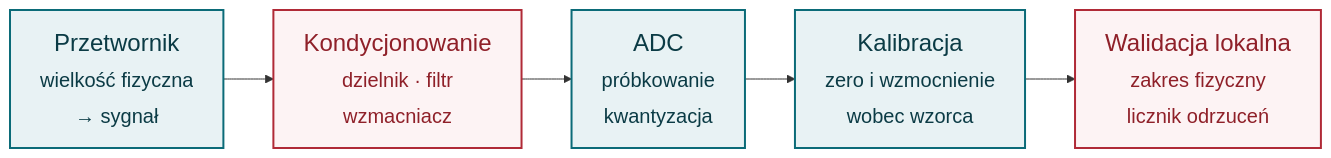
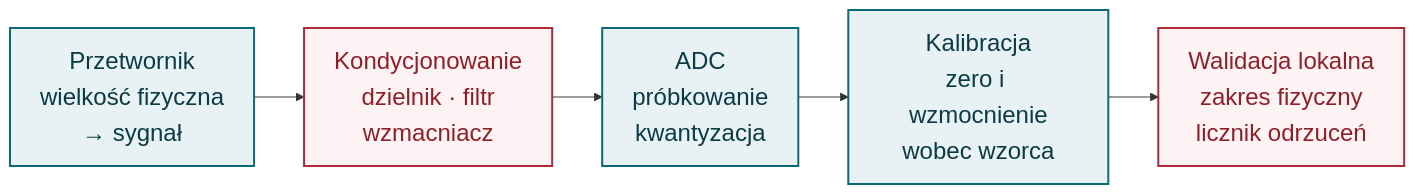
One commit to moondec/iot_lectures changed the diagram in slides/02-urzadzenie-sensory-energia.qmd. Above: the diagram before and after it, drawn with Mermaid. The commit also changed other lines of this file and 20 other files, not shown here.

````diff
--- a/slides/02-urzadzenie-sensory-energia.qmd
+++ b/slides/02-urzadzenie-sensory-energia.qmd
@@ -79,16 +79,16 @@
 ```{mermaid}
 %%| fig-width: 12
-%%| fig-height: 1.5
+%%| fig-height: 1.6
 %%{init: {"themeVariables": {"fontSize": "24px"}}}%%
 flowchart LR
-    P["Przetwornik<br><small>wielkość fizyczna<br>→ sygnał</small>"]
-    K["Kondycjonowanie<br><small>dzielnik · filtr<br>wzmacniacz</small>"]
-    A["ADC<br><small>próbkowanie<br>kwantyzacja</small>"]
-    C["Kalibracja<br><small>zero i wzmocnienie<br>wobec wzorca</small>"]
-    W["Walidacja lokalna<br><small>zakres fizyczny<br>licznik odrzuceń</small>"]
+    P["Przetwornik<br>wielkość fizyczna<br>→ sygnał"]
+    K["Kondycjonowanie<br>dzielnik · filtr<br>wzmacniacz"]
+    A["ADC<br>próbkowanie<br>kwantyzacja"]
+    C["Kalibracja<br>zero i wzmocnienie<br>wobec wzorca"]
+    W["Walidacja lokalna<br>zakres fizyczny<br>licznik odrzuceń"]
     P --> K --> A --> C --> W
     classDef n fill:#e8f2f4,stroke:#0b6b78,stroke-width:2px,color:#0b3b45
     classDef r fill:#fdf3f4,stroke:#b02a37,stroke-width:2px,color:#8f2029
     class P,A,C n
     class K,W r
 ```
````
